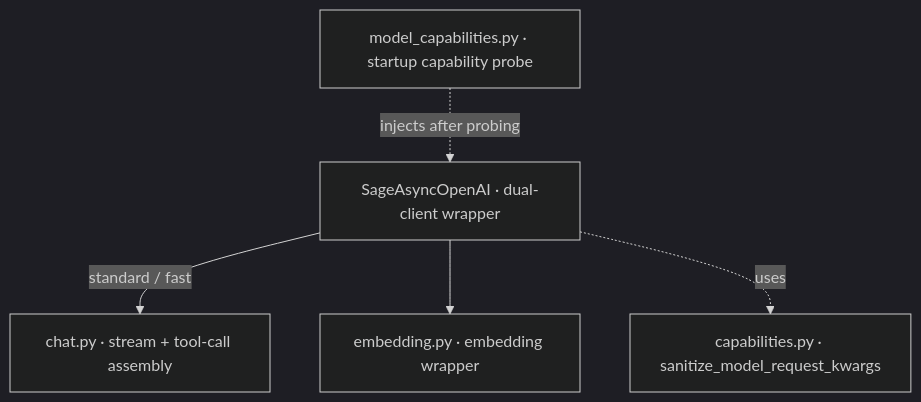
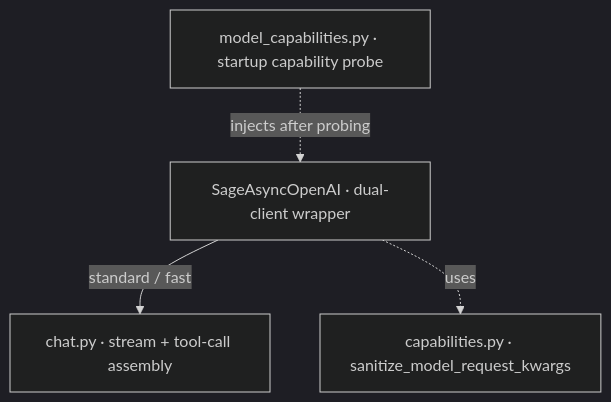
One commit to ZHangZHengEric/Sage changed the sixth of 13 diagrams in docs/en/architecture/ARCHITECTURE_SAGENTS_SANDBOX_OBS.md. Above: the diagram before and after it, drawn with Mermaid (dark theme). The commit also changed 111 other files, not shown here.

````diff
--- a/docs/en/architecture/ARCHITECTURE_SAGENTS_SANDBOX_OBS.md
+++ b/docs/en/architecture/ARCHITECTURE_SAGENTS_SANDBOX_OBS.md
@@ -119,13 +119,11 @@
 ```mermaid
 flowchart TB
     SAOAI[SageAsyncOpenAI · dual-client wrapper]
     Chat[chat.py · stream + tool-call assembly]
-    Embed[embedding.py · embedding wrapper]
     Cap[capabilities.py · sanitize_model_request_kwargs]
     MCap[model_capabilities.py · startup capability probe]
 
     SAOAI -->|standard / fast| Chat
-    SAOAI --> Embed
     SAOAI -.uses.-> Cap
     MCap -.injects after probing.-> SAOAI
 ```
````
